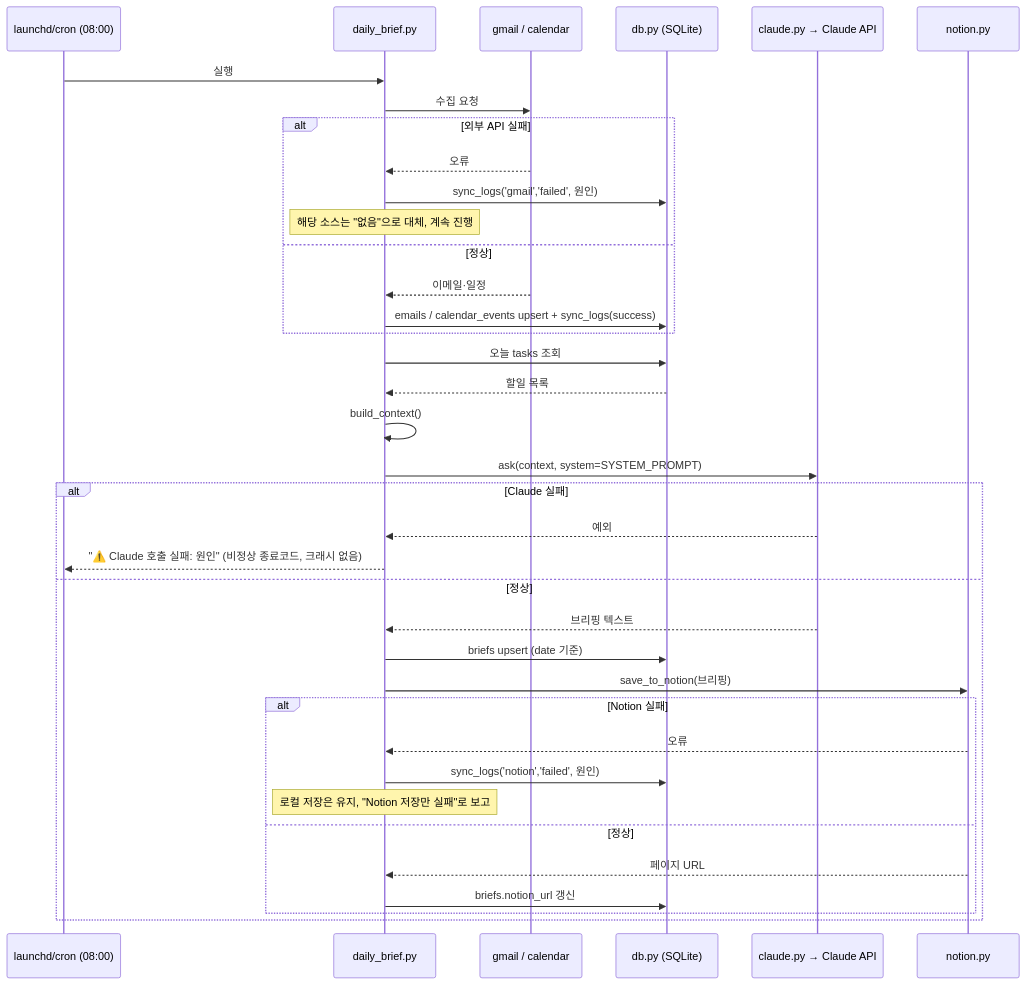
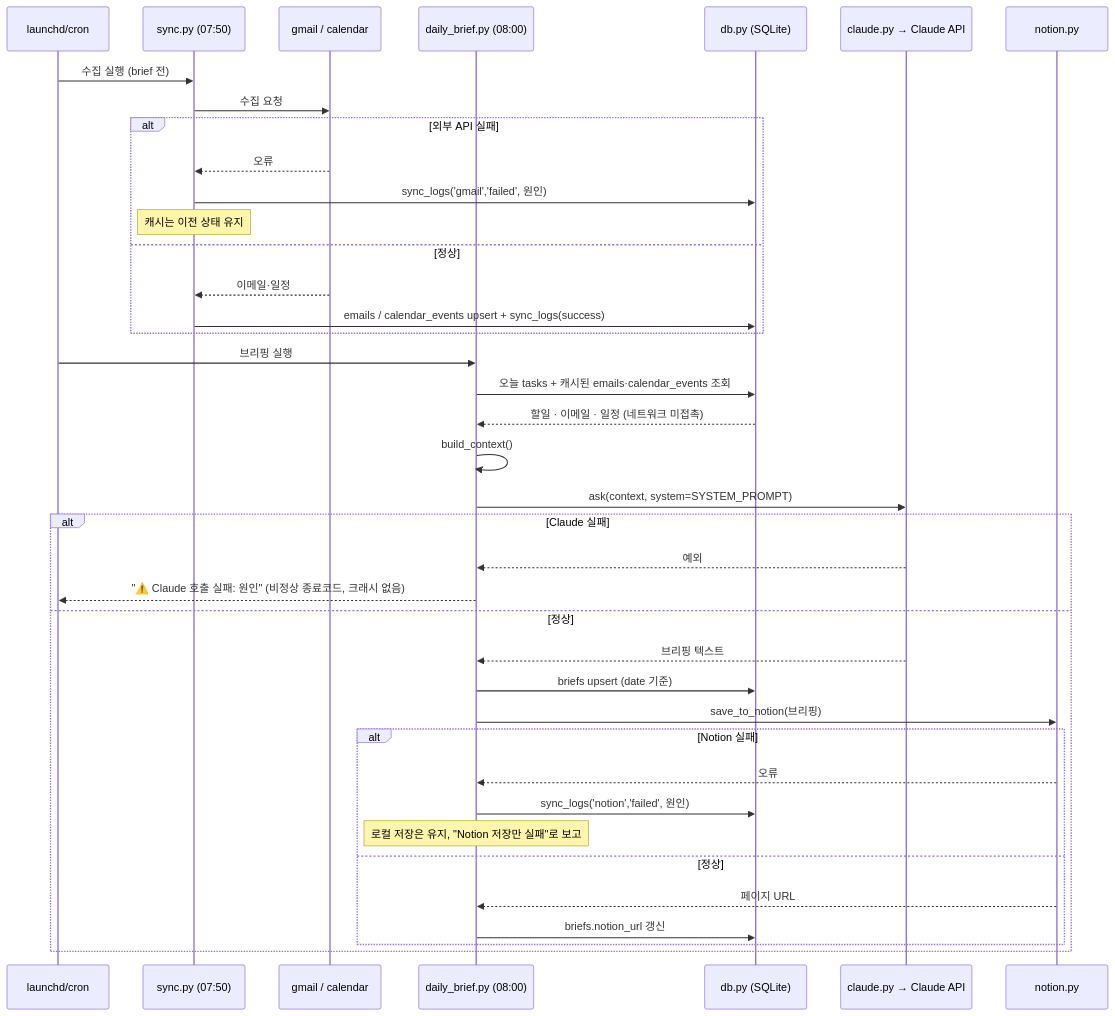
Before and after one commit to gamercross/my-setup-proj: the fourth of 4 diagrams in docs/product/architecture/DESIGN.md, drawn with Mermaid. The commit also changed other lines of this file and 9 other files, not shown here.

First line of the commit message:
docs: NFR-REL-03 종료 정책 개정 + 서비스 계층 + 다이어그램 정합

````diff
--- a/docs/product/architecture/DESIGN.md
+++ b/docs/product/architecture/DESIGN.md
@@ -298,40 +304,42 @@
 ```mermaid
 sequenceDiagram
-  participant SCH as launchd/cron (08:00)
-  participant DB2 as daily_brief.py
+  participant SCH as launchd/cron
+  participant SY as sync.py (07:50)
   participant GM as gmail / calendar
+  participant DB2 as daily_brief.py (08:00)
   participant DBP as db.py (SQLite)
   participant CL as claude.py → Claude API
   participant NO as notion.py
 
-  SCH->>DB2: 실행
-  DB2->>GM: 수집 요청
+  SCH->>SY: 수집 실행 (brief 전)
+  SY->>GM: 수집 요청
   alt 외부 API 실패
-    GM-->>DB2: 오류
-    DB2->>DBP: sync_logs('gmail','failed', 원인)
-    Note over DB2: 해당 소스는 "없음"으로 대체, 계속 진행
+    GM-->>SY: 오류
+    SY->>DBP: sync_logs('gmail','failed', 원인)
+    Note over SY: 캐시는 이전 상태 유지
   else 정상
-    GM-->>DB2: 이메일·일정
-    DB2->>DBP: emails / calendar_events upsert + sync_logs(success)
+    GM-->>SY: 이메일·일정
+    SY->>DBP: emails / calendar_events upsert + sync_logs(success)
   end
-  DB2->>DBP: 오늘 tasks 조회
-  DBP-->>DB2: 할일 목록
+  SCH->>DB2: 브리핑 실행
+  DB2->>DBP: 오늘 tasks + 캐시된 emails·calendar_events 조회
+  DBP-->>DB2: 할일 · 이메일 · 일정 (네트워크 미접촉)
   DB2->>DB2: build_context()
   DB2->>CL: ask(context, system=SYSTEM_PROMPT)
   alt Claude 실패
     CL-->>DB2: 예외
     DB2-->>SCH: "⚠️ Claude 호출 실패: 원인" (비정상 종료코드, 크래시 없음)
   else 정상
     CL-->>DB2: 브리핑 텍스트
     DB2->>DBP: briefs upsert (date 기준)
     DB2->>NO: save_to_notion(브리핑)
     alt Notion 실패
       NO-->>DB2: 오류
       DB2->>DBP: sync_logs('notion','failed', 원인)
       Note over DB2: 로컬 저장은 유지, "Notion 저장만 실패"로 보고
     else 정상
       NO-->>DB2: 페이지 URL
       DB2->>DBP: briefs.notion_url 갱신
     end
   end
 ```
````
